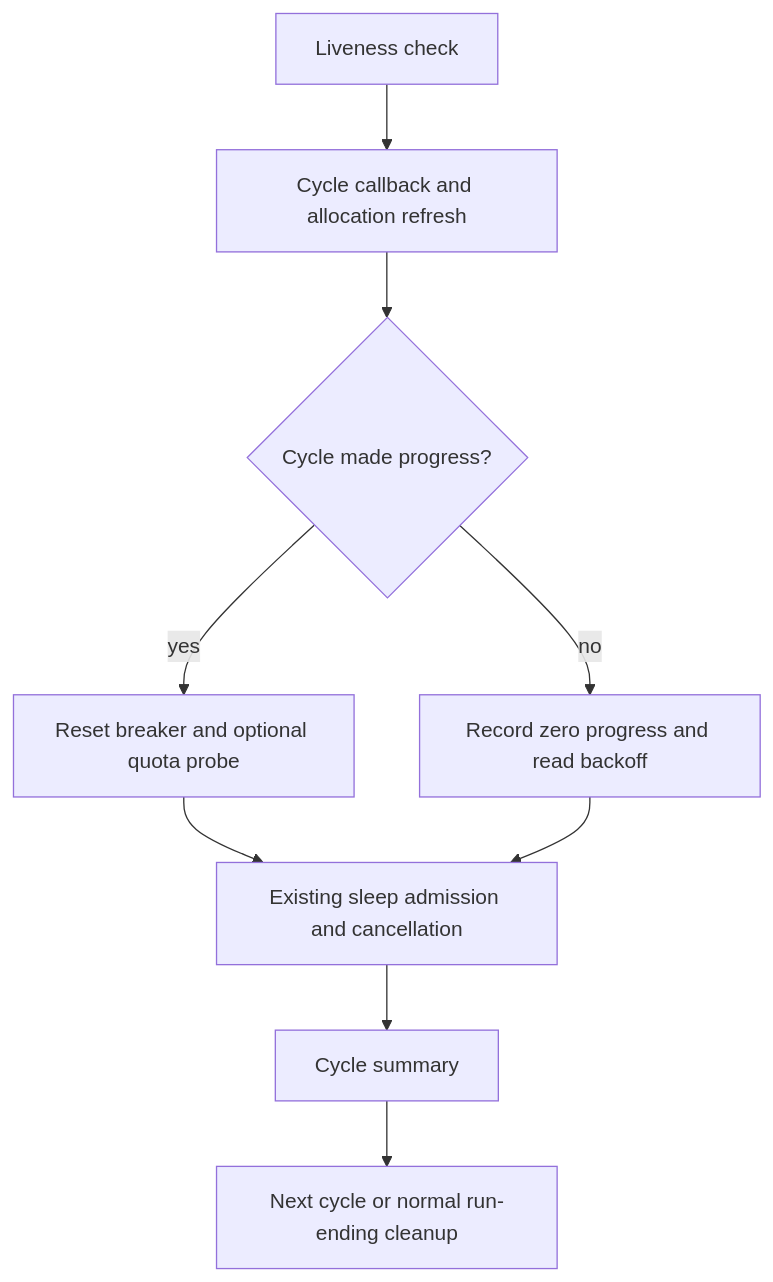
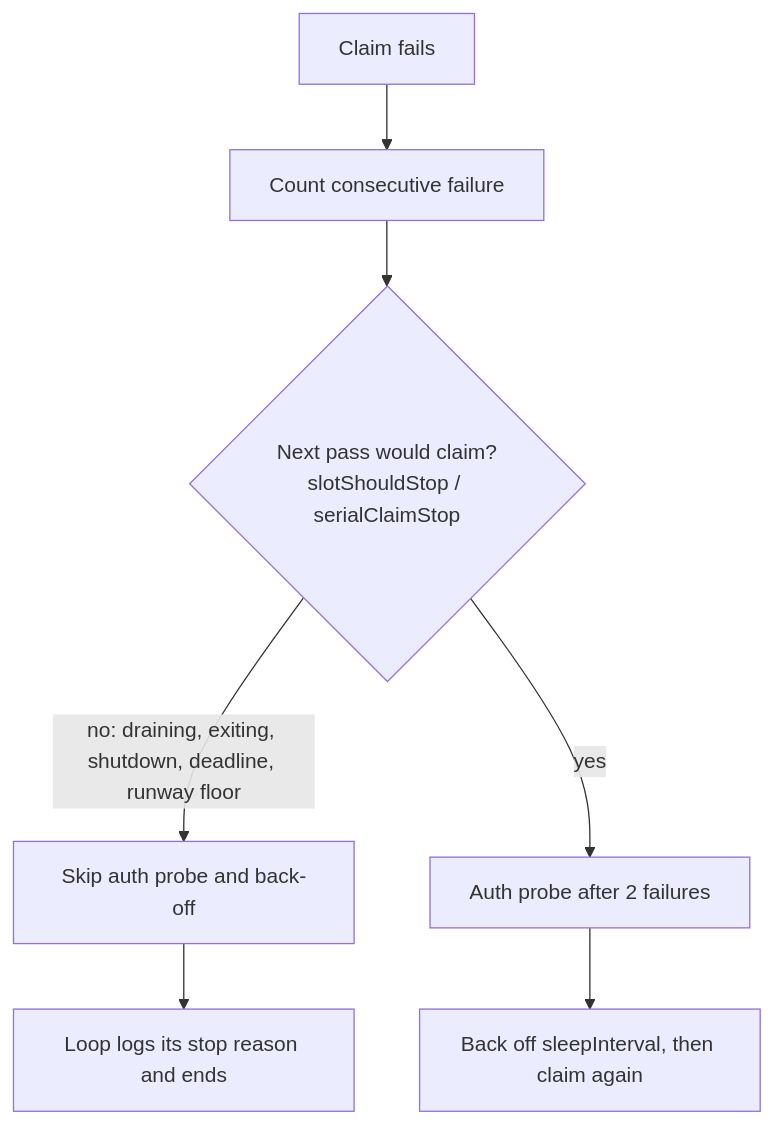
The diagram in docs/archive/pr-summaries/pr-summary-5544.md (stSoftwareAU/VibeCoder), drawn with Mermaid before and after one commit. The commit also changed other lines of this file, not shown here.

First line of the commit message:
Add the PR summary for #5544

````diff
--- a/docs/archive/pr-summaries/pr-summary-5544.md
+++ b/docs/archive/pr-summaries/pr-summary-5544.md
@@ -79,11 +61,9 @@
 ```mermaid
 flowchart TD
-    L[Liveness check] --> C[Cycle callback and allocation refresh]
-    C --> P{Cycle made progress?}
-    P -->|yes| R[Reset breaker and optional quota probe]
-    P -->|no| B[Record zero progress and read backoff]
-    R --> S[Existing sleep admission and cancellation]
-    B --> S
-    S --> T[Cycle summary]
-    T --> E[Next cycle or normal run-ending cleanup]
+    F[Claim fails] --> C[Count consecutive failure]
+    C --> S{Next pass would claim?<br/>slotShouldStop / serialClaimStop}
+    S -->|no: draining, exiting, shutdown, deadline, runway floor| X[Skip auth probe and back-off]
+    X --> L[Loop logs its stop reason and ends]
+    S -->|yes| P[Auth probe after 2 failures]
+    P --> B[Back off sleepInterval, then claim again]
 ```
````
